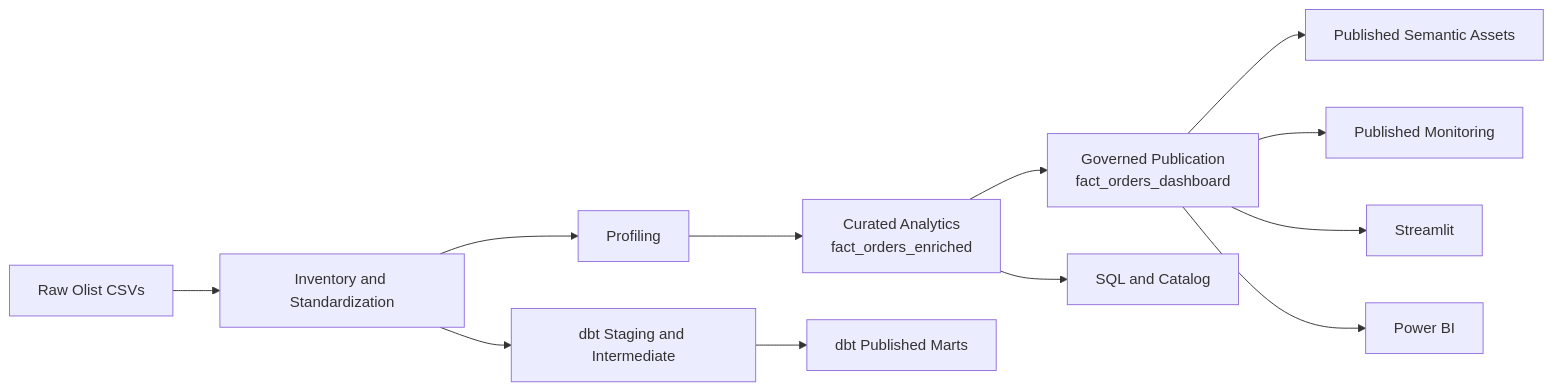
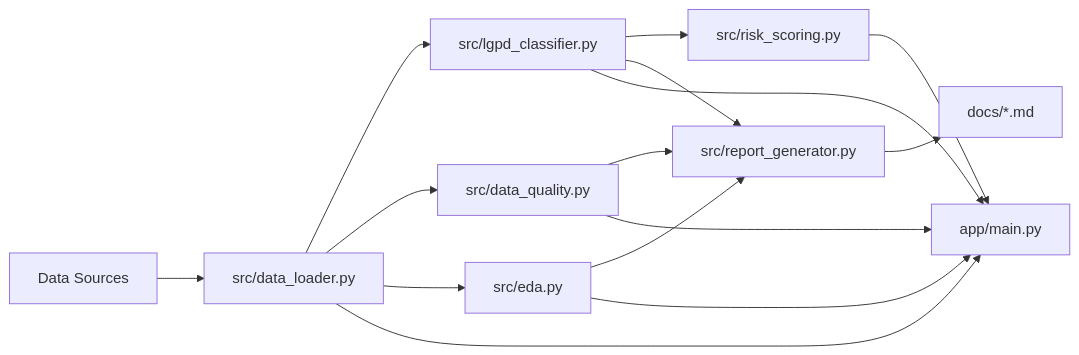
One commit to samuelmaia-analytics/Governed-Analytics-Platform changed the diagram in README.md. Above: the diagram before and after it, drawn with Mermaid. The commit also changed other lines of this file and 46 other files, not shown here.

Commit message:
feat: expand governed analytics platform with LGPD modules, multipage app and i18n

````diff
--- a/README.md
+++ b/README.md
@@ -40,14 +37,17 @@
 ```mermaid
 flowchart LR
-    A[Raw Olist CSVs] --> B[Inventory and Standardization]
-    B --> C[Profiling]
-    C --> D[Curated Analytics<br/>fact_orders_enriched]
-    D --> E[Governed Publication<br/>fact_orders_dashboard]
-    E --> F[Published Semantic Assets]
-    E --> G[Published Monitoring]
-    E --> H[Streamlit]
-    E --> I[Power BI]
-    B --> J[dbt Staging and Intermediate]
-    J --> K[dbt Published Marts]
-    D --> L[SQL and Catalog]
+    A[Data Sources] --> B[src/data_loader.py]
+    B --> C[src/lgpd_classifier.py]
+    B --> D[src/data_quality.py]
+    B --> E[src/eda.py]
+    C --> F[src/risk_scoring.py]
+    C --> G[src/report_generator.py]
+    D --> G
+    E --> G
+    B --> H[app/main.py]
+    C --> H
+    D --> H
+    E --> H
+    F --> H
+    G --> I[docs/*.md]
 ```
````
